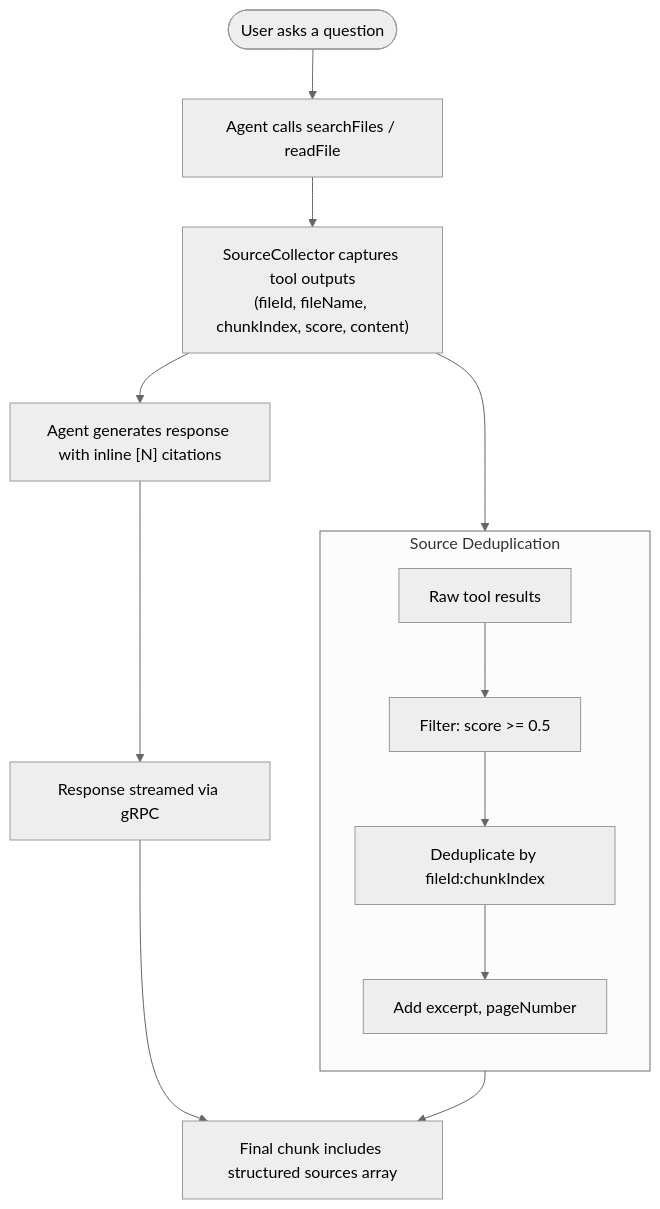
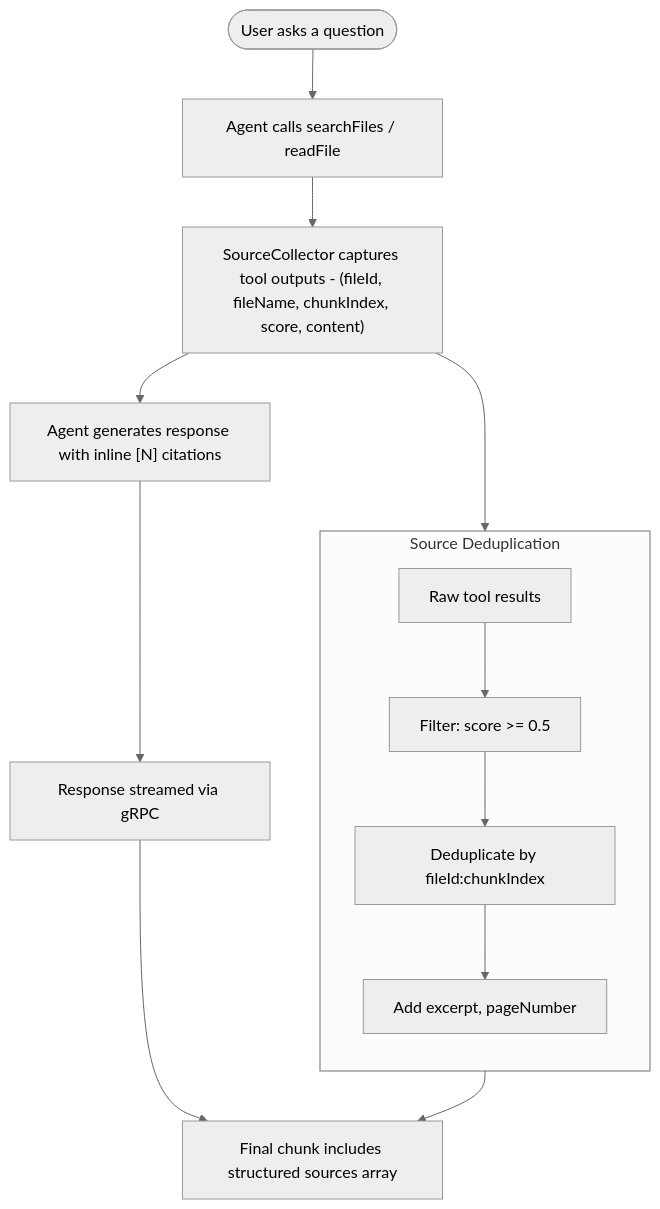
Before and after one commit to JackTran15/files-assistant-system: the fourth of 6 diagrams in docs/scenarios.md, drawn with Mermaid (neutral theme). The commit also changed other lines of this file and 8 other files, not shown here.

````diff
--- a/docs/scenarios.md
+++ b/docs/scenarios.md
@@ -208,18 +208,18 @@
 ```mermaid
 flowchart TD
     Start(["User asks a question"]) --> Tools["Agent calls searchFiles / readFile"]
-    Tools --> Collector["SourceCollector captures tool outputs<br/>(fileId, fileName, chunkIndex, score, content)"]
+    Tools --> Collector["SourceCollector captures tool outputs - (fileId, fileName, chunkIndex, score, content)"]
     Collector --> Generate["Agent generates response with inline [N] citations"]
     Generate --> Stream["Response streamed via gRPC"]
     Stream --> Final["Final chunk includes structured sources array"]
 
     subgraph SourceDedup["Source Deduplication"]
         direction TB
         Raw["Raw tool results"] --> Filter["Filter: score >= 0.5"]
         Filter --> Dedup["Deduplicate by fileId:chunkIndex"]
         Dedup --> Enrich["Add excerpt, pageNumber"]
     end
 
     Collector --> SourceDedup
     SourceDedup --> Final
 ```
````
